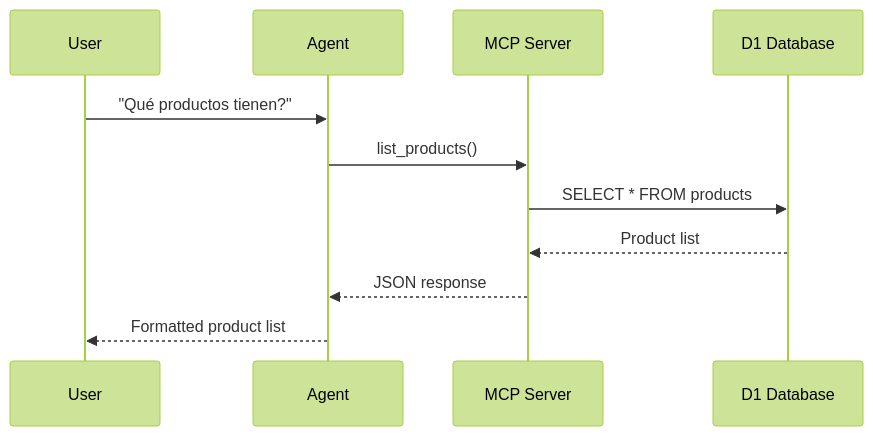
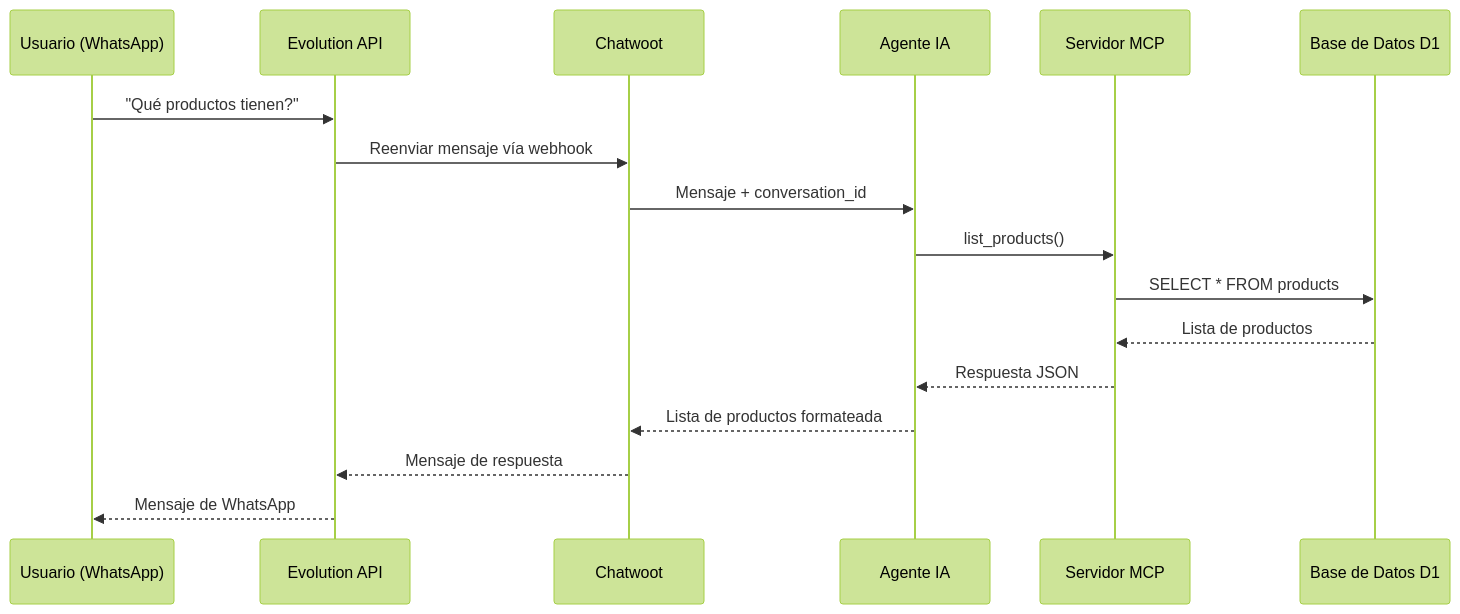
The second of 6 diagrams in docs/ARCHITECTURE.md (ezzz37/laburen-ai-agent-challenge), drawn with Mermaid (forest theme) before and after one commit. The commit also changed other lines of this file and 5 other files, not shown here.

````diff
--- a/docs/ARCHITECTURE.md
+++ b/docs/ARCHITECTURE.md
@@ -49,14 +65,20 @@
 ```mermaid
 sequenceDiagram
-    participant U as User
-    participant A as Agent
-    participant M as MCP Server
-    participant D as D1 Database
+    participant U as Usuario (WhatsApp)
+    participant E as Evolution API
+    participant CW as Chatwoot
+    participant A as Agente IA
+    participant M as Servidor MCP
+    participant D as Base de Datos D1
     
-    U->>A: "Qué productos tienen?"
+    U->>E: "Qué productos tienen?"
+    E->>CW: Reenviar mensaje vía webhook
+    CW->>A: Mensaje + conversation_id
     A->>M: list_products()
     M->>D: SELECT * FROM products
-    D-->>M: Product list
-    M-->>A: JSON response
-    A-->>U: Formatted product list
+    D-->>M: Lista de productos
+    M-->>A: Respuesta JSON
+    A-->>CW: Lista de productos formateada
+    CW-->>E: Mensaje de respuesta
+    E-->>U: Mensaje de WhatsApp
 ```
````
